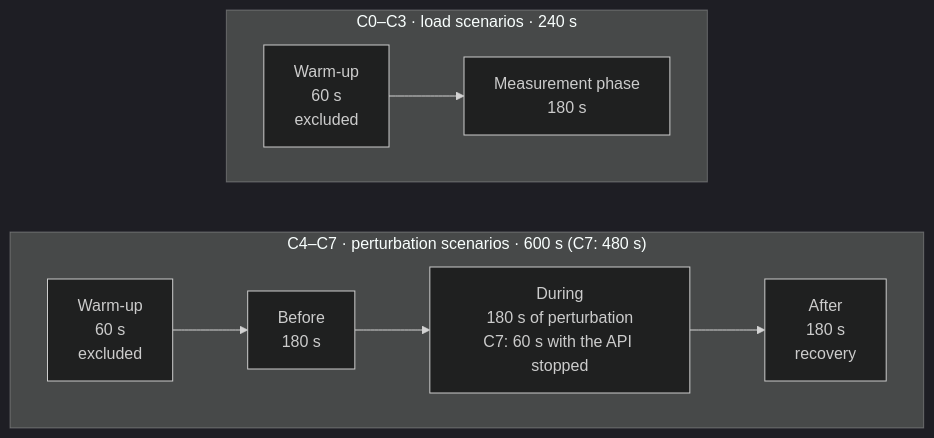
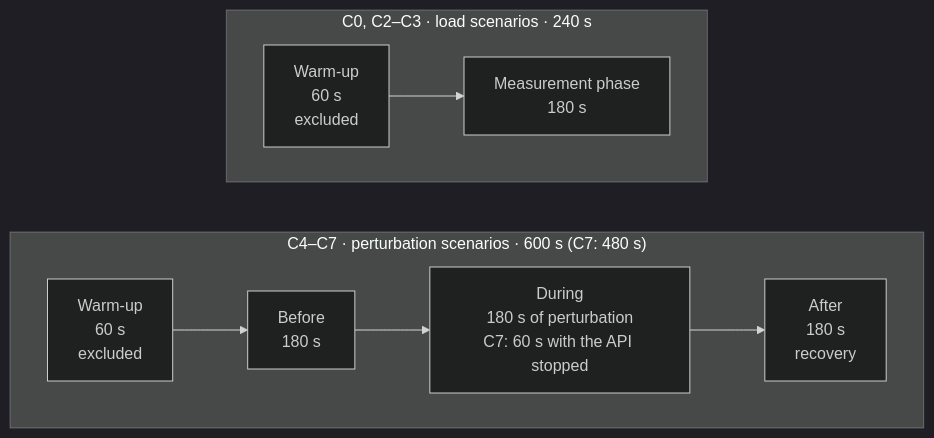
One commit to itamarsb/Observability-Engineering-Framework changed the fourth of 7 diagrams in docs/architecture/README.en.md. Above: the diagram before and after it, drawn with Mermaid (dark theme). The commit also changed other lines of this file and 3 other files, not shown here.

Commit message:
docs: align bilingual architecture and repository references

````diff
--- a/docs/architecture/README.en.md
+++ b/docs/architecture/README.en.md
@@ -147,14 +147,14 @@
 ```mermaid
 flowchart TB
-    subgraph LOAD["C0–C3 · load scenarios · 240 s"]
+    subgraph LOAD["C0, C2–C3 · load scenarios · 240 s"]
         direction LR
         W1["Warm-up<br/>60 s<br/>excluded"] --> M1["Measurement phase<br/>180 s"]
     end
 
     subgraph PERT["C4–C7 · perturbation scenarios · 600 s (C7: 480 s)"]
         direction LR
         W2["Warm-up<br/>60 s<br/>excluded"] --> B["Before<br/>180 s"] --> D["During<br/>180 s of perturbation<br/>C7: 60 s with the API stopped"] --> A["After<br/>180 s<br/>recovery"]
     end
 
     LOAD ~~~ PERT
 ```
````
